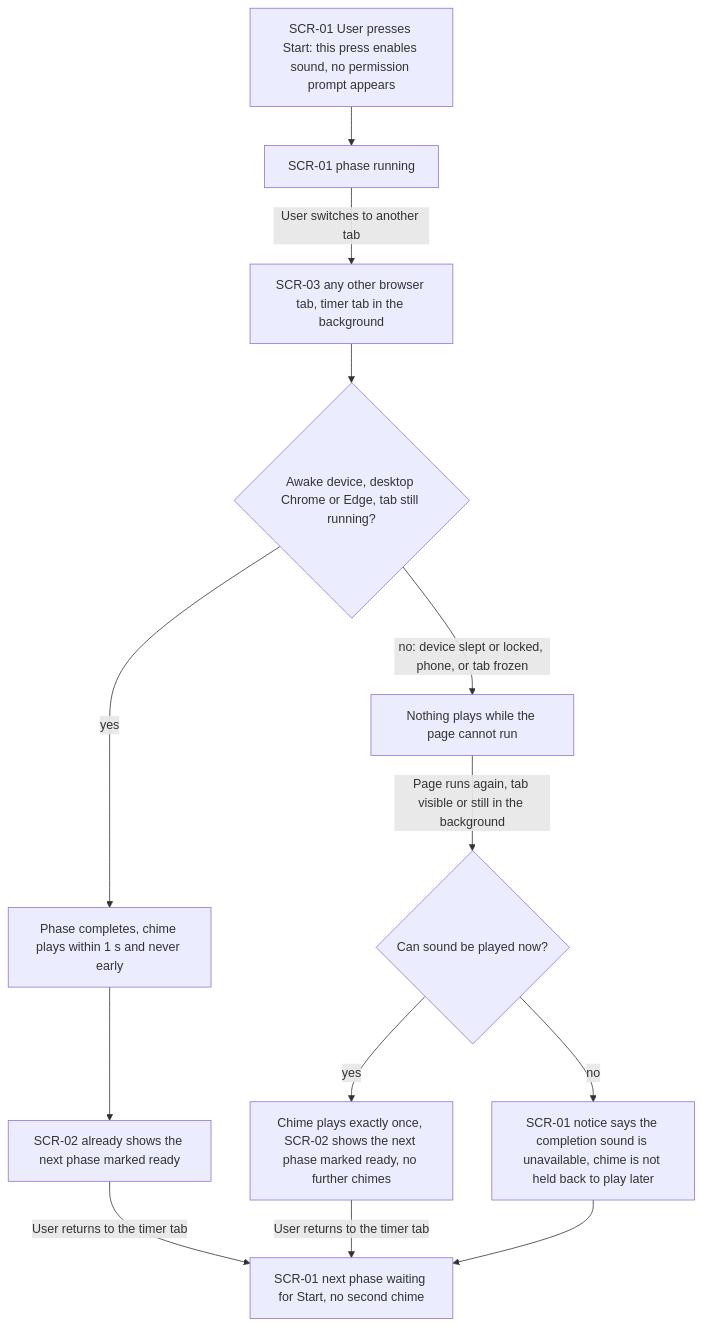
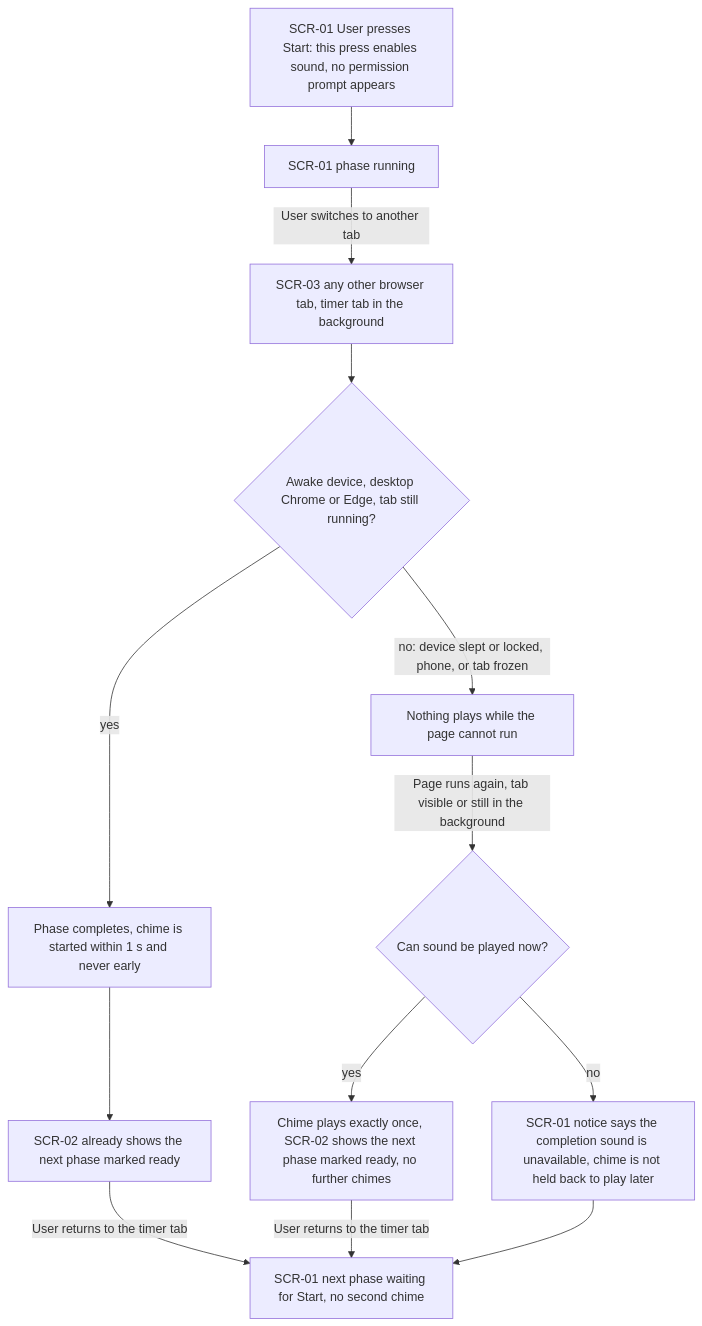
The fifth of 6 diagrams in docs/features/sensory-feedback/ux-flows.md (skush/pomodoro), drawn with Mermaid before and after one commit. The commit also changed other lines of this file and 9 other files, not shown here.

First line of the commit message:
docs(sensory-feedback): reword AC-06 to "chime is started within 1 s" (page-side), note audible latency is device-dependent

````diff
--- a/docs/features/sensory-feedback/ux-flows.md
+++ b/docs/features/sensory-feedback/ux-flows.md
@@ -162,15 +162,15 @@
 ```mermaid
 flowchart TD
     A["SCR-01 User presses Start: this press enables sound, no permission prompt appears"] --> B["SCR-01 phase running"]
     B -->|"User switches to another tab"| C["SCR-03 any other browser tab, timer tab in the background"]
     C --> D{"Awake device, desktop Chrome or Edge, tab still running?"}
-    D -->|"yes"| E["Phase completes, chime plays within 1 s and never early"]
+    D -->|"yes"| E["Phase completes, chime is started within 1 s and never early"]
     E --> F["SCR-02 already shows the next phase marked ready"]
     F -->|"User returns to the timer tab"| K["SCR-01 next phase waiting for Start, no second chime"]
     D -->|"no: device slept or locked, phone, or tab frozen"| G["Nothing plays while the page cannot run"]
     G -->|"Page runs again, tab visible or still in the background"| H{"Can sound be played now?"}
     H -->|"yes"| I["Chime plays exactly once, SCR-02 shows the next phase marked ready, no further chimes"]
     H -->|"no"| J["SCR-01 notice says the completion sound is unavailable, chime is not held back to play later"]
     I -->|"User returns to the timer tab"| K
     J --> K
 ```
````
